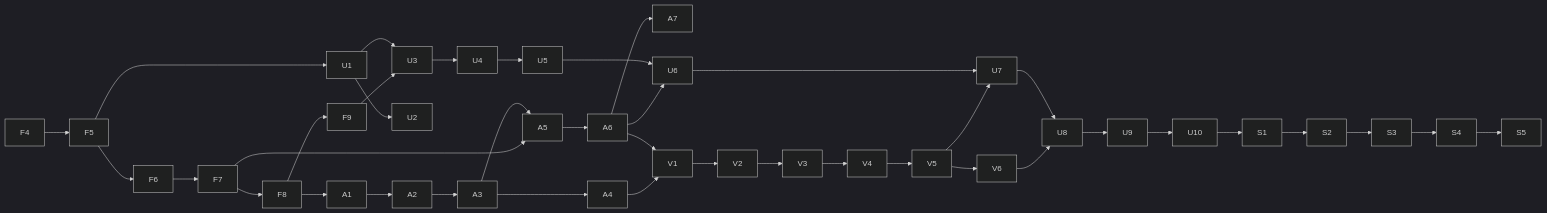
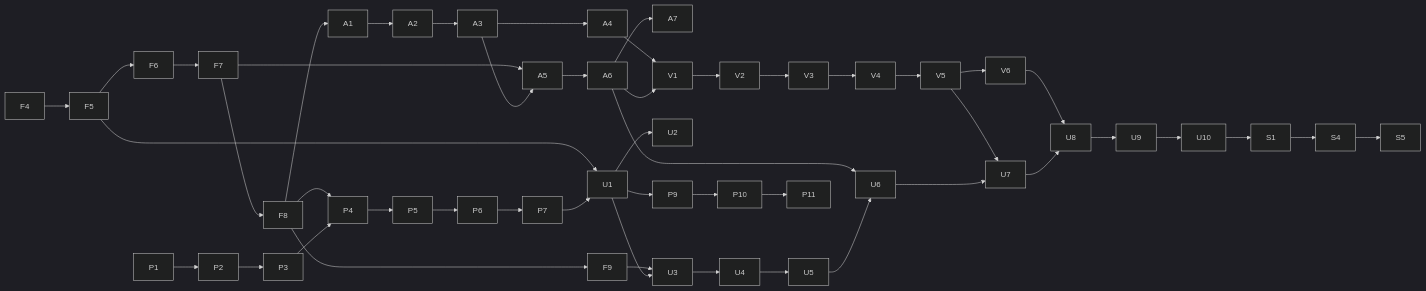
The diagram in docs/07-roadmap.md (Shimu-I/ad-banao), drawn with Mermaid (dark theme) before and after one commit. The commit also changed other lines of this file and 6 other files, not shown here.

First line of the commit message:
docs: production plan (React, PostgreSQL, automatic deployment), roadmap milestone M5, ADR 0008 proposed (#71)

````diff
--- a/docs/07-roadmap.md
+++ b/docs/07-roadmap.md
@@ -91,19 +106,22 @@
 ```mermaid
 flowchart LR
     F4 --> F5 --> F6 --> F7 --> F8 --> F9
     F8 --> A1
     A1 --> A2 --> A3 --> A4
     F7 --> A5
     A3 --> A5 --> A6 --> A7
     A4 --> V1
     A6 --> V1
     V1 --> V2 --> V3 --> V4 --> V5 --> V6
     F5 --> U1 --> U2
     F9 --> U3
     U1 --> U3 --> U4 --> U5
     A6 --> U6
     V5 --> U7
     V6 --> U8
     U5 --> U6 --> U7 --> U8 --> U9 --> U10
-    U10 --> S1 --> S2 --> S3 --> S4 --> S5
+    U10 --> S1 --> S4 --> S5
+    F8 --> P4
+    P1 --> P2 --> P3 --> P4 --> P5 --> P6 --> P7 --> U1
+    U1 --> P9 --> P10 --> P11
 ```
````
